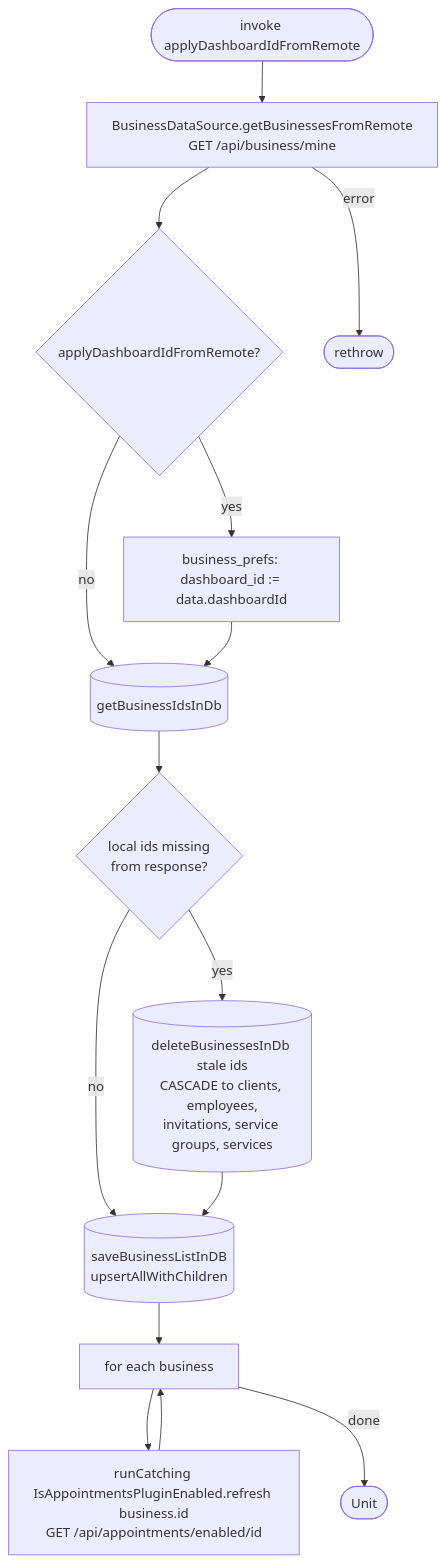
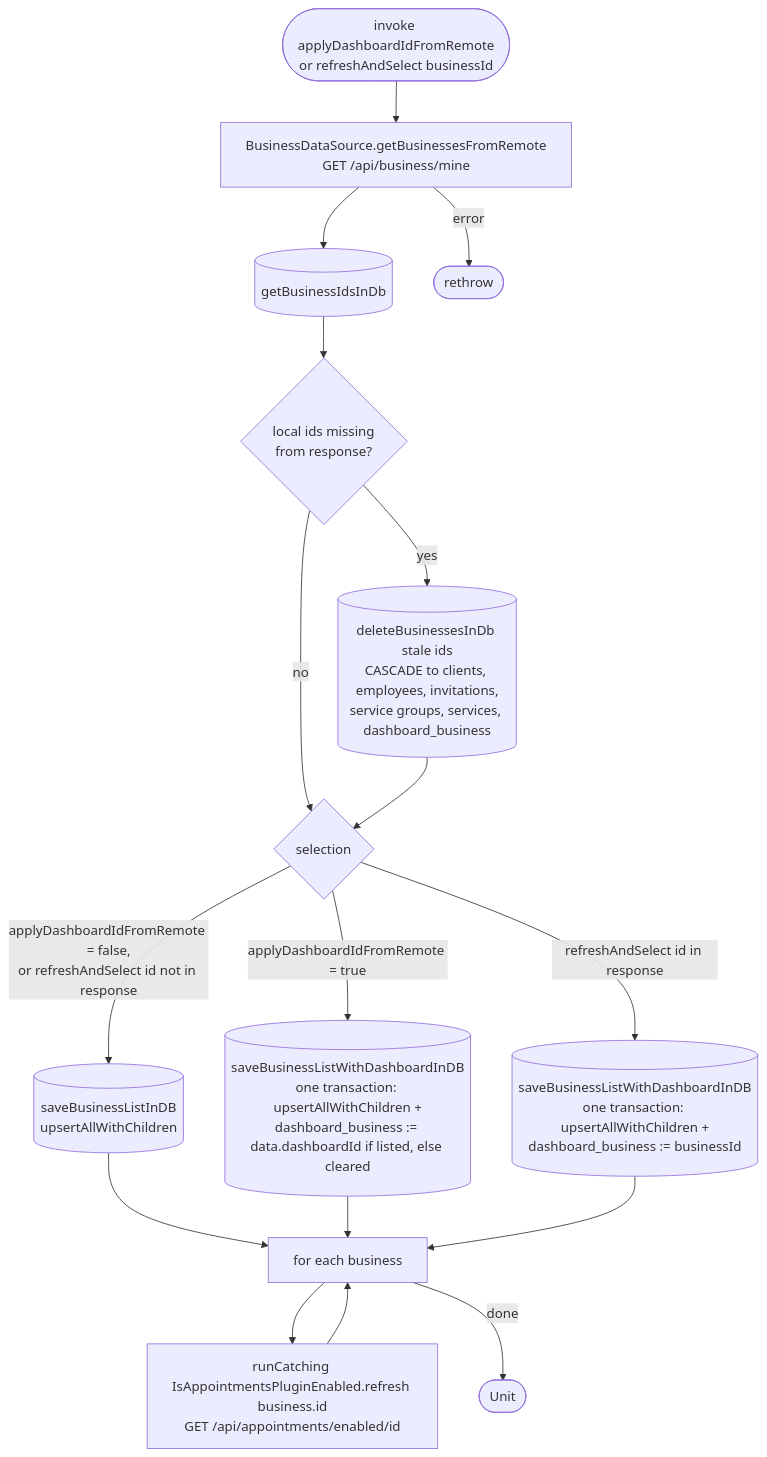
The diagram in docs/operations/business/refresh-business-info.md (nocturneproperties/bookkme-client), drawn with Mermaid before and after one commit. The commit also changed other lines of this file and 32 other files, not shown here.

````diff
--- a/docs/operations/business/refresh-business-info.md
+++ b/docs/operations/business/refresh-business-info.md
@@ -26,17 +36,19 @@
 ```mermaid
 flowchart TD
-    Start([invoke applyDashboardIdFromRemote]) --> Net[BusinessDataSource.getBusinessesFromRemote<br/>GET /api/business/mine]
-    Net --> Apply{applyDashboardIdFromRemote?}
-    Apply -- yes --> SaveId[business_prefs: dashboard_id := data.dashboardId]
-    Apply -- no --> Ids
-    SaveId --> Ids[(getBusinessIdsInDb)]
+    Start([invoke applyDashboardIdFromRemote<br/>or refreshAndSelect businessId]) --> Net[BusinessDataSource.getBusinessesFromRemote<br/>GET /api/business/mine]
+    Net --> Ids[(getBusinessIdsInDb)]
     Ids --> Stale{local ids missing<br/>from response?}
-    Stale -- yes --> Del[(deleteBusinessesInDb stale ids<br/>CASCADE to clients, employees,<br/>invitations, service groups, services)]
-    Stale -- no --> Save
-    Del --> Save[(saveBusinessListInDB<br/>upsertAllWithChildren)]
+    Stale -- yes --> Del[(deleteBusinessesInDb stale ids<br/>CASCADE to clients, employees, invitations,<br/>service groups, services, dashboard_business)]
+    Stale -- no --> Mode
+    Del --> Mode{selection}
+    Mode -- "applyDashboardIdFromRemote = false,<br/>or refreshAndSelect id not in response" --> Save[(saveBusinessListInDB<br/>upsertAllWithChildren)]
+    Mode -- "applyDashboardIdFromRemote = true" --> SaveRemote[(saveBusinessListWithDashboardInDB<br/>one transaction: upsertAllWithChildren +<br/>dashboard_business := data.dashboardId if listed, else cleared)]
+    Mode -- "refreshAndSelect id in response" --> SaveSel[(saveBusinessListWithDashboardInDB<br/>one transaction: upsertAllWithChildren +<br/>dashboard_business := businessId)]
     Save --> Loop[for each business]
+    SaveRemote --> Loop
+    SaveSel --> Loop
     Loop --> Plug[runCatching IsAppointmentsPluginEnabled.refresh business.id<br/>GET /api/appointments/enabled/id]
     Plug --> Loop
     Loop -- done --> R([Unit])
     Net -- error --> EX([rethrow])
 ```
````
